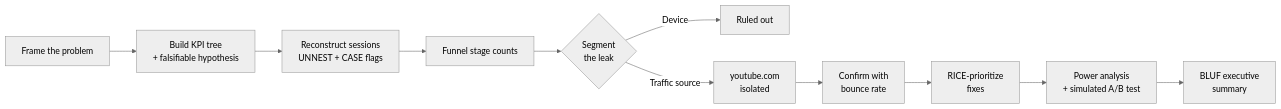
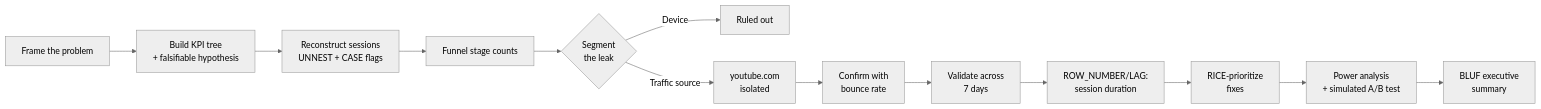
One commit to tarunmaurya13/funnel-analysis-portfolio changed the diagram in README.md. Above: the diagram before and after it, drawn with Mermaid (neutral theme). The commit also changed other lines of this file, not shown here.

````diff
--- a/README.md
+++ b/README.md
@@ -50,21 +52,25 @@
 ```mermaid
 flowchart LR
     A[Frame the problem] --> B[Build KPI tree
     + falsifiable hypothesis]
     B --> C[Reconstruct sessions
     UNNEST + CASE flags]
     C --> D[Funnel stage counts]
     D --> E{Segment
     the leak}
     E -->|Device| F[Ruled out]
     E -->|Traffic source| G[youtube.com
     isolated]
     G --> H[Confirm with
     bounce rate]
-    H --> I[RICE-prioritize
+    H --> I[Validate across
+    7 days]
+    I --> J[ROW_NUMBER/LAG:
+    session duration]
+    J --> K[RICE-prioritize
     fixes]
-    I --> J[Power analysis
+    K --> L[Power analysis
     + simulated A/B test]
-    J --> K[BLUF executive
+    L --> M[BLUF executive
     summary]
 ```
````
